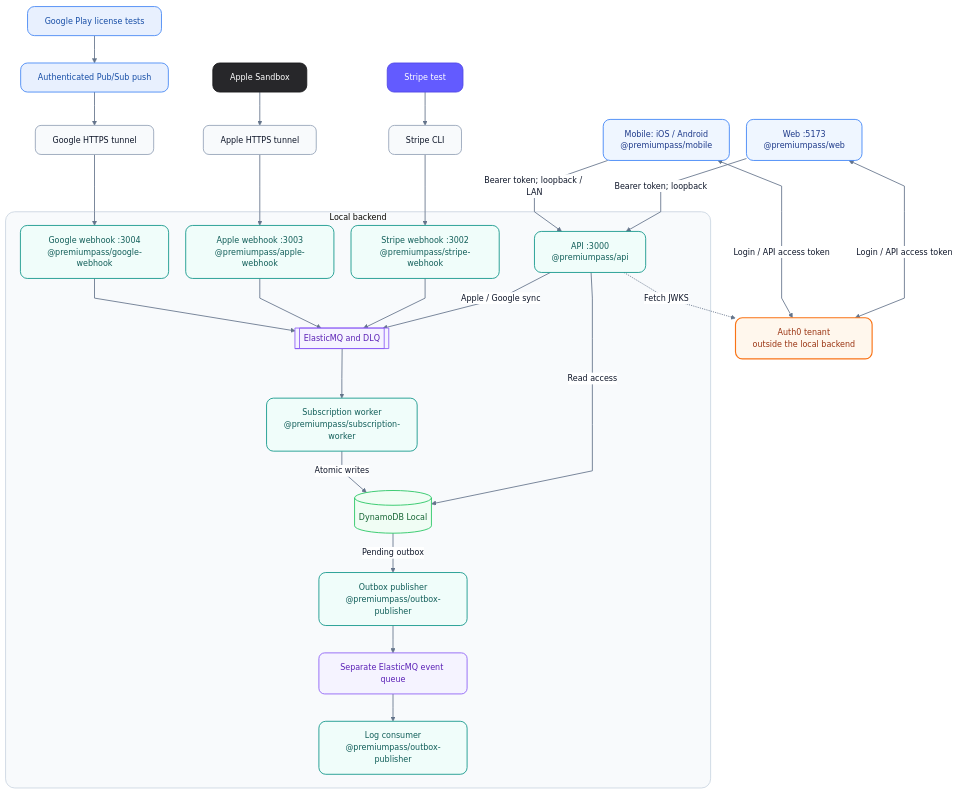
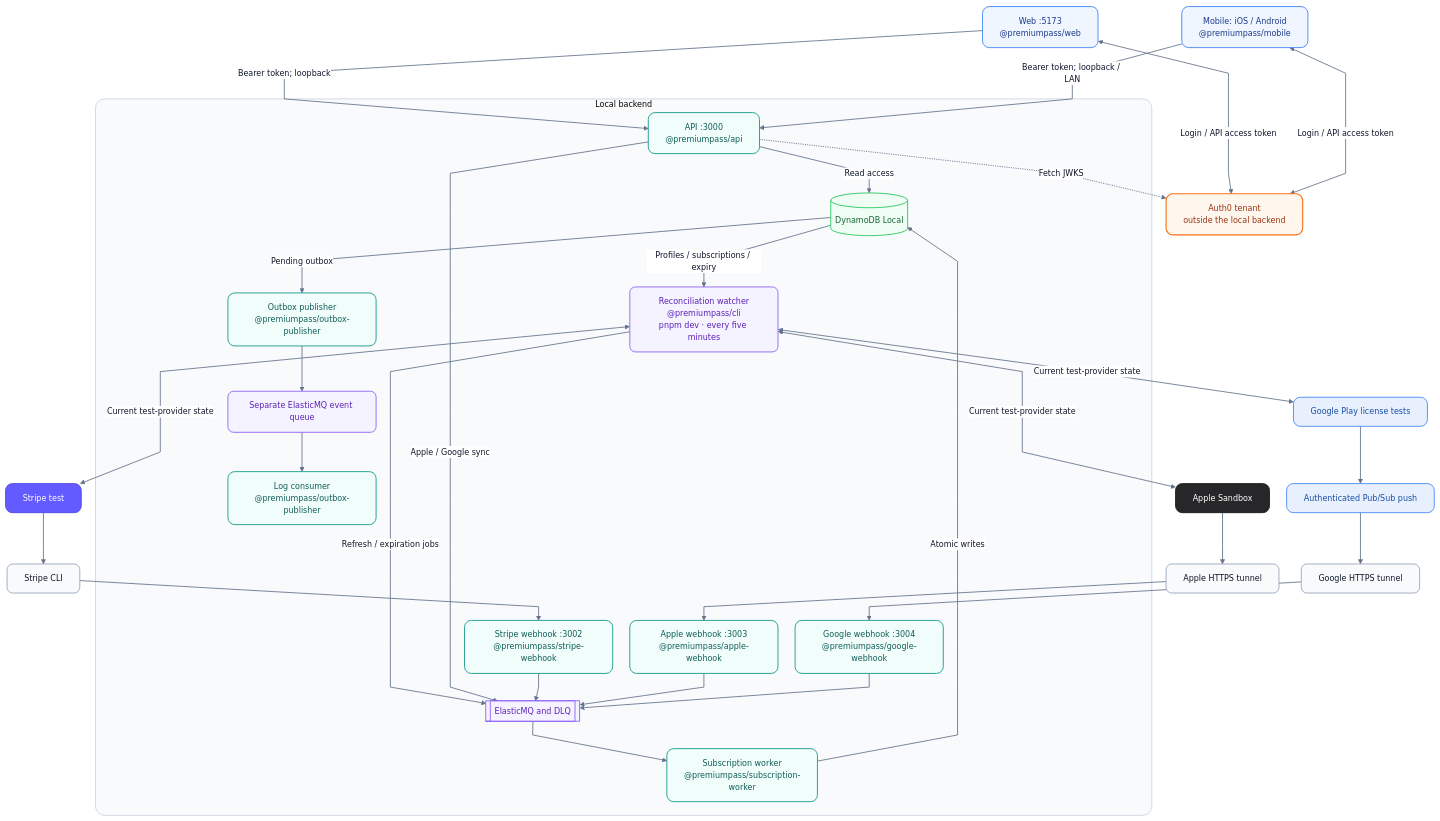
One commit to phillippbertram/subscription-consolidation-workshop changed the first of 2 diagrams in docs/ARCHITECTURE.md. Above: the diagram before and after it, drawn with Mermaid. The commit also changed other lines of this file and 166 other files, not shown here.

````diff
--- a/docs/ARCHITECTURE.md
+++ b/docs/ARCHITECTURE.md
@@ -53,70 +55,74 @@
 ```mermaid
 ---
 config:
   theme: base
   themeVariables:
     fontFamily: Arial, Helvetica, sans-serif
     fontSize: 14px
     primaryTextColor: '#0f172a'
     lineColor: '#64748b'
     edgeLabelBackground: '#ffffff'
     clusterBkg: '#f8fafc'
     clusterBorder: '#cbd5e1'
   flowchart:
     curve: linear
     nodeSpacing: 30
     rankSpacing: 48
 ---
 flowchart TB
     Web["Web :5173<br/>@premiumpass/web"] <-->|"Login / API access token"| Auth0["Auth0 tenant<br/>outside the local backend"]
     Mobile["Mobile: iOS / Android<br/>@premiumpass/mobile"] <-->|"Login / API access token"| Auth0
     Stripe["Stripe test"] --> StripeCLI["Stripe CLI"]
     Apple["Apple Sandbox"] --> AppleTunnel["Apple HTTPS tunnel"]
     Google["Google Play license tests"] --> PubSub["Authenticated Pub/Sub push"]
     PubSub --> GoogleTunnel["Google HTTPS tunnel"]
     subgraph Host["Local backend"]
         API["API :3000<br/>@premiumpass/api"]
         StripeHook["Stripe webhook :3002<br/>@premiumpass/stripe-webhook"]
         AppleHook["Apple webhook :3003<br/>@premiumpass/apple-webhook"]
         GoogleHook["Google webhook :3004<br/>@premiumpass/google-webhook"]
         Queue[["ElasticMQ and DLQ"]]
         Worker["Subscription worker<br/>@premiumpass/subscription-worker"]
         DB[("DynamoDB Local")]
+        Reconciliation["Reconciliation watcher<br/>@premiumpass/cli<br/>pnpm dev · every five minutes"]
+        DB -->|"Profiles / subscriptions / expiry"| Reconciliation
+        Reconciliation -->|"Refresh / expiration jobs"| Queue
         API -->|"Read access"| DB
         API -->|"Apple / Google sync"| Queue
         StripeHook --> Queue
         AppleHook --> Queue
         GoogleHook --> Queue
         Queue --> Worker -->|"Atomic writes"| DB
         DB -->|"Pending outbox"| Publisher["Outbox publisher<br/>@premiumpass/outbox-publisher"]
         Publisher --> Events["Separate ElasticMQ event queue"] --> Consumer["Log consumer<br/>@premiumpass/outbox-publisher"]
     end
     Web -->|"Bearer token; loopback"| API
     Mobile -->|"Bearer token; loopback / LAN"| API
     API -.->|"Fetch JWKS"| Auth0
     StripeCLI --> StripeHook
     AppleTunnel --> AppleHook
     GoogleTunnel --> GoogleHook
+    Reconciliation <-->|"Current test-provider state"| Stripe & Apple & Google
     classDef default fill:#f8fafc,stroke:#94a3b8,color:#0f172a,stroke-width:1.5px,rx:10,ry:10
     classDef client fill:#eff6ff,stroke:#3b82f6,color:#1e3a8a,stroke-width:1.5px,rx:12,ry:12
     classDef identity fill:#fff7ed,stroke:#f97316,color:#9a3412,stroke-width:2px,rx:12,ry:12
     classDef service fill:#f0fdfa,stroke:#0d9488,color:#115e59,stroke-width:1.5px,rx:12,ry:12
     classDef queue fill:#f5f3ff,stroke:#8b5cf6,color:#5b21b6,stroke-width:1.5px,rx:10,ry:10
     classDef data fill:#f0fdf4,stroke:#22c55e,color:#166534,stroke-width:1.5px
     classDef failure fill:#fff1f2,stroke:#f43f5e,color:#9f1239,stroke-width:1.5px,rx:10,ry:10
     classDef stripe fill:#635bff,stroke:#4f46e5,color:#ffffff,stroke-width:1.5px,rx:12,ry:12
     classDef apple fill:#27272a,stroke:#18181b,color:#ffffff,stroke-width:1.5px,rx:12,ry:12
     classDef google fill:#e8f0fe,stroke:#4285f4,color:#174ea6,stroke-width:1.5px,rx:12,ry:12
     linkStyle default stroke:#64748b,stroke-width:1.5px
     class Web,Mobile client
     class Auth0 identity
     class API,StripeHook,AppleHook,GoogleHook,Worker service
-    class Queue queue
+    class Queue,Reconciliation queue
     class DB data
     class Stripe stripe
     class Apple apple
     class Google,PubSub google
     class Publisher,Consumer service
     class Events queue
     style Host fill:#f8fafc,stroke:#cbd5e1,stroke-width:1.5px,rx:16,ry:16
 ```
````
